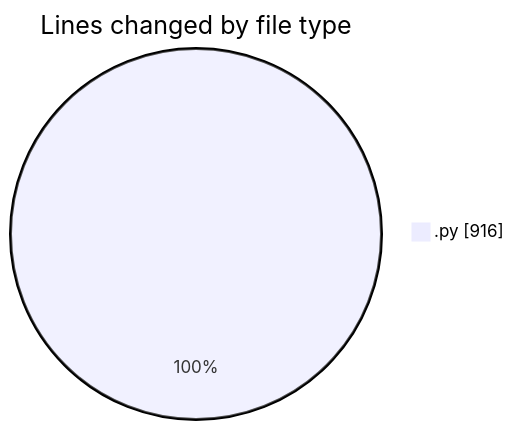
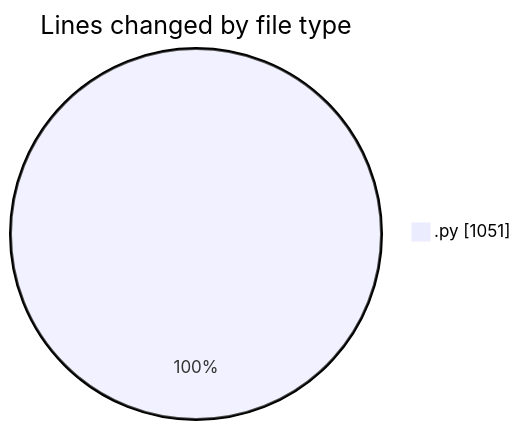
The first of 2 diagrams in 2025-11-20/eventscop-api-guide__workspace_/README.md (julien-gomy/code-tracking), drawn with Mermaid before and after one commit. The commit also changed other lines of this file and 1 other file, not shown here.

````diff
--- a/2025-11-20/eventscop-api-guide__workspace_/README.md
+++ b/2025-11-20/eventscop-api-guide__workspace_/README.md
@@ -24,5 +25,5 @@
 ```mermaid
 pie showData
 title Lines changed by file type
-".py" : 916
+".py" : 1051
 ```
````
